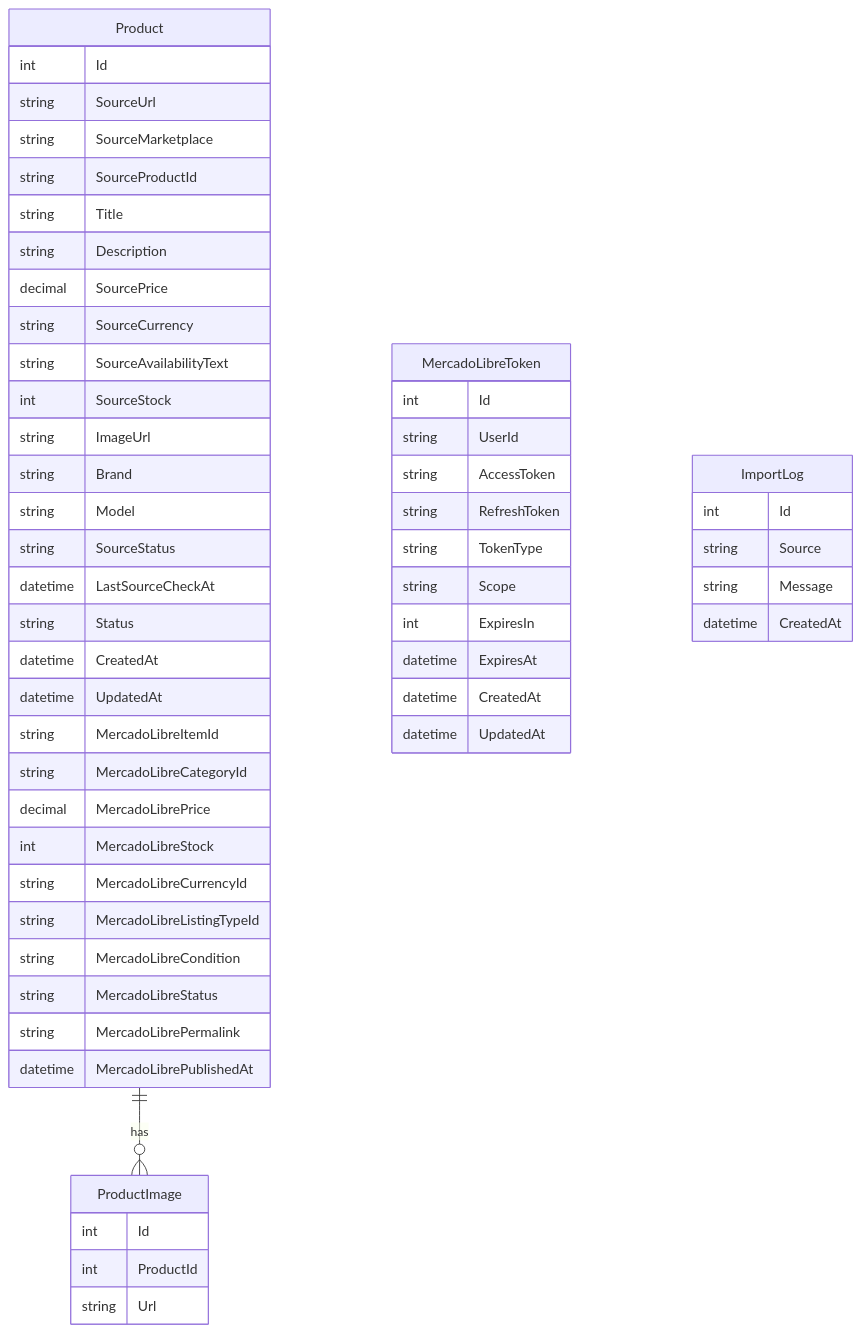
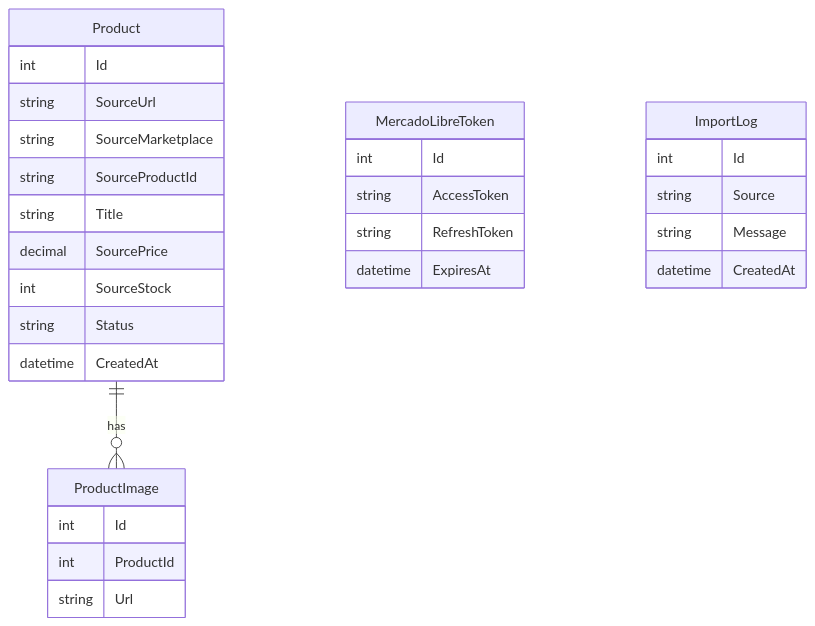
Before and after one commit to pancho63490/MarketplaceSync: the diagram in docs/database.md, drawn with Mermaid. The commit also changed other lines of this file, not shown here.

````diff
--- a/docs/database.md
+++ b/docs/database.md
@@ -18,61 +38,36 @@
 ```mermaid
 erDiagram
     Product {
         int Id
         string SourceUrl
         string SourceMarketplace
         string SourceProductId
         string Title
-        string Description
         decimal SourcePrice
-        string SourceCurrency
-        string SourceAvailabilityText
         int SourceStock
-        string ImageUrl
-        string Brand
-        string Model
-        string SourceStatus
-        datetime LastSourceCheckAt
         string Status
         datetime CreatedAt
-        datetime UpdatedAt
-        string MercadoLibreItemId
-        string MercadoLibreCategoryId
-        decimal MercadoLibrePrice
-        int MercadoLibreStock
-        string MercadoLibreCurrencyId
-        string MercadoLibreListingTypeId
-        string MercadoLibreCondition
-        string MercadoLibreStatus
-        string MercadoLibrePermalink
-        datetime MercadoLibrePublishedAt
     }
 
     ProductImage {
         int Id
         int ProductId
         string Url
     }
 
     MercadoLibreToken {
         int Id
-        string UserId
         string AccessToken
         string RefreshToken
-        string TokenType
-        string Scope
-        int ExpiresIn
         datetime ExpiresAt
-        datetime CreatedAt
-        datetime UpdatedAt
     }
 
     ImportLog {
         int Id
         string Source
         string Message
         datetime CreatedAt
     }
 
     Product ||--o{ ProductImage : has
 ```
````
